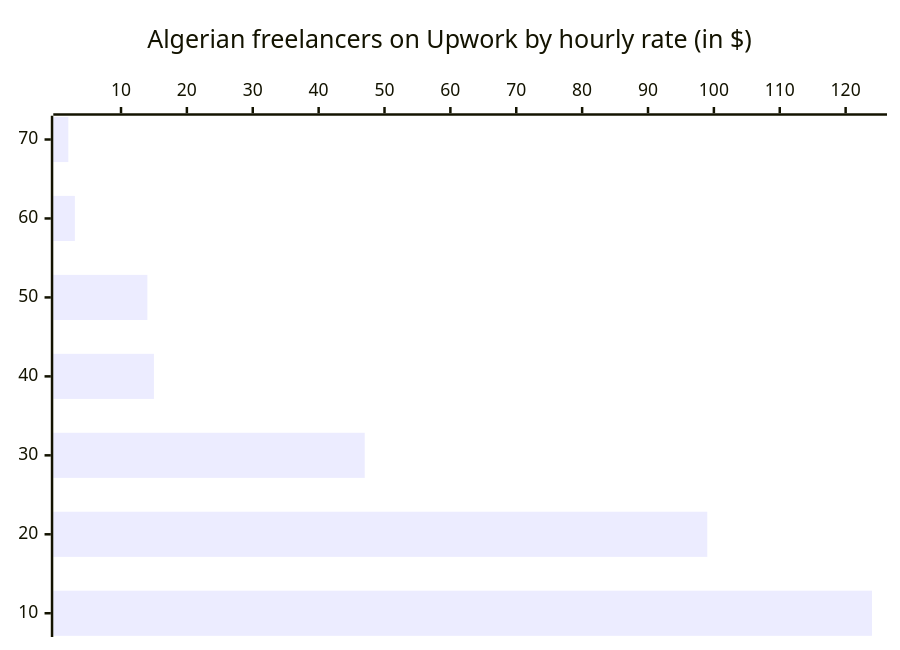
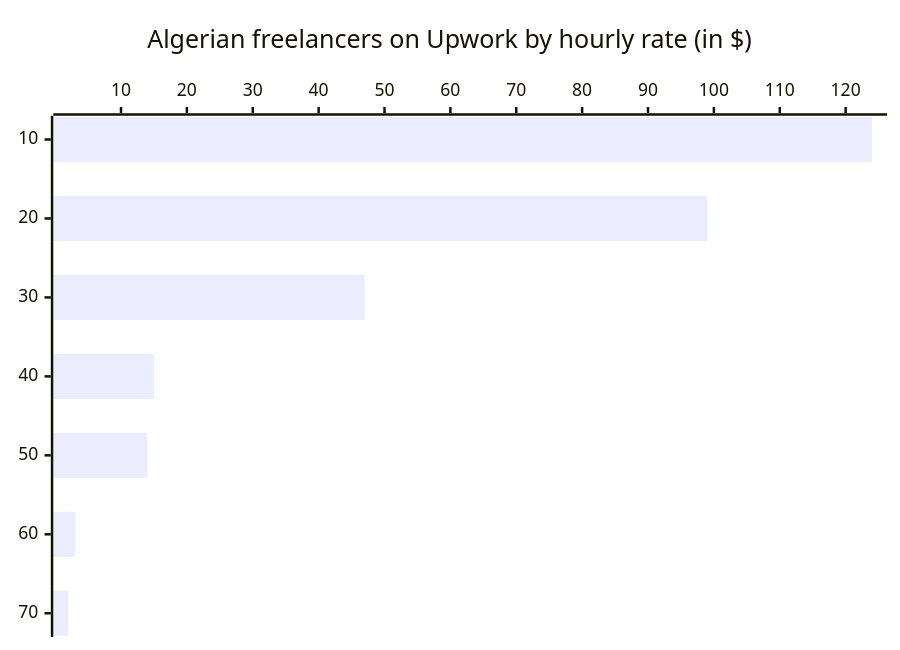
One commit to Fcmam5/state-of-dz-swe-2024 changed the ninth of 10 diagrams in website/docs/insights/remuneration.md. Above: the diagram before and after it, drawn with Mermaid. The commit also changed other lines of this file and 9 other files, not shown here.

````diff
--- a/website/docs/insights/remuneration.md
+++ b/website/docs/insights/remuneration.md
@@ -204,5 +203,5 @@
 ```mermaid
 xychart-beta horizontal title "Algerian freelancers on Upwork by hourly rate (in $)"
-  x-axis [ "70",  "60", "50", "40",  "30", "20", "10" ]
-  bar [ 2, 3, 14, 15, 47, 99, 124 ]
+  x-axis ["10","20","30","40","50","60","70"]
+  bar [124,99,47,15,14,3,2]
 ```
````
